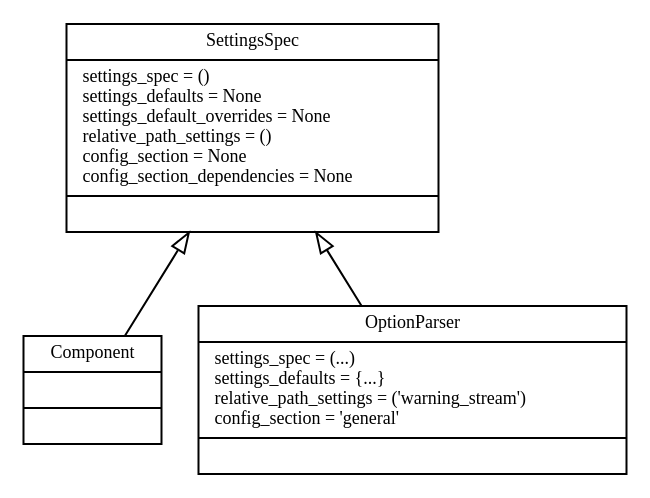
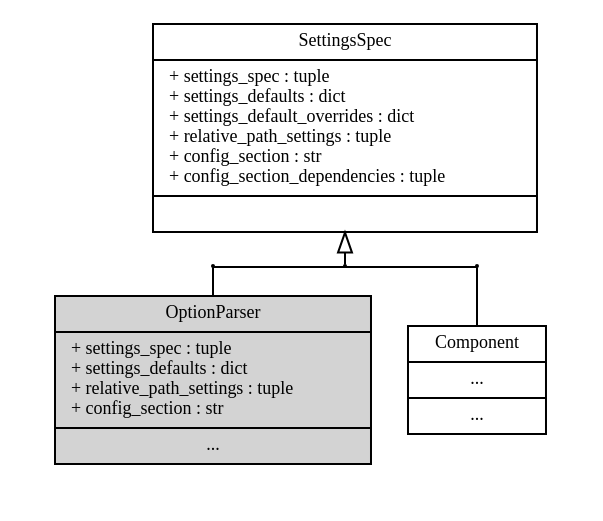
One commit to showa-yojyo/notebook changed the diagram in source/python-docutils/settings-spec.dot. Above: the diagram before and after it, drawn with Graphviz. The commit also changed 5 other files, not shown here.

```diff
--- a/source/python-docutils/settings-spec.dot
+++ b/source/python-docutils/settings-spec.dot
@@ -1,35 +1,70 @@
 digraph G {
     graph [
         fontname = "Bitstream Vera Sans"
         fontsize = 9
+        ranksep = 0.2
+        compound = true
+        splines = ortho
+        concentrate = true
     ]
     node [
         fontname = "Bitstream Vera Sans"
         fontsize = 9
         shape = "record"
     ]
+    edge [
+        arrowtail = empty
+        dir = forward
+        fontname = "Bitstream Vera Sans"
+        fontsize = 9
+    ]
 
     SettingsSpec [
         label = "{SettingsSpec
-        |settings_spec = ()\lsettings_defaults = None\lsettings_default_overrides = None\lrelative_path_settings = ()\lconfig_section = None\lconfig_section_dependencies = None\l
+        |+ settings_spec : tuple\l+ settings_defaults : dict\l+ settings_default_overrides : dict\l+ relative_path_settings : tuple\l+ config_section : str\l+ config_section_dependencies : tuple\l
         |}"
     ]
     Component [
         label = "{Component
-        |
-        |}"
+        |...
+        |...}"
     ]
     OptionParser [
-        label ="{OptionParser
-        |settings_spec = (...)\lsettings_defaults = \{...\}\lrelative_path_settings = ('warning_stream')\lconfig_section = 'general'\l
-        |}"
+        label = "{OptionParser
+        |+ settings_spec : tuple\l+ settings_defaults : dict\l+ relative_path_settings : tuple\l+ config_section : str\l
+        |...}"
+
+        fillcolor = lightgrey
+        style = filled
     ]
 
+    subgraph cluster0 {
+        graph [
+            penwidth = 0
+        ]
+        // elbow edges
+        edge [
+            arrowhead = none
+            arrowtail = none
+            dir = none
+        ]
+        // elbow nodes
+        node [
+            shape = circle
+            label = ""
+            height = 0
+            width = 0
+        ]
+        a -> b -> c [ constraint = false ]
+        a -> Component
+        c -> OptionParser
+    }
+
+    // inheritance hierarchy
     edge [
-        arrowhead = "empty"
+        arrowtail = empty
+        dir = back
     ]
-    Component, OptionParser -> SettingsSpec
 
-    { rank = min; SettingsSpec }
-    { rank = max; Component, OptionParser }
+    SettingsSpec -> b
 }
```
